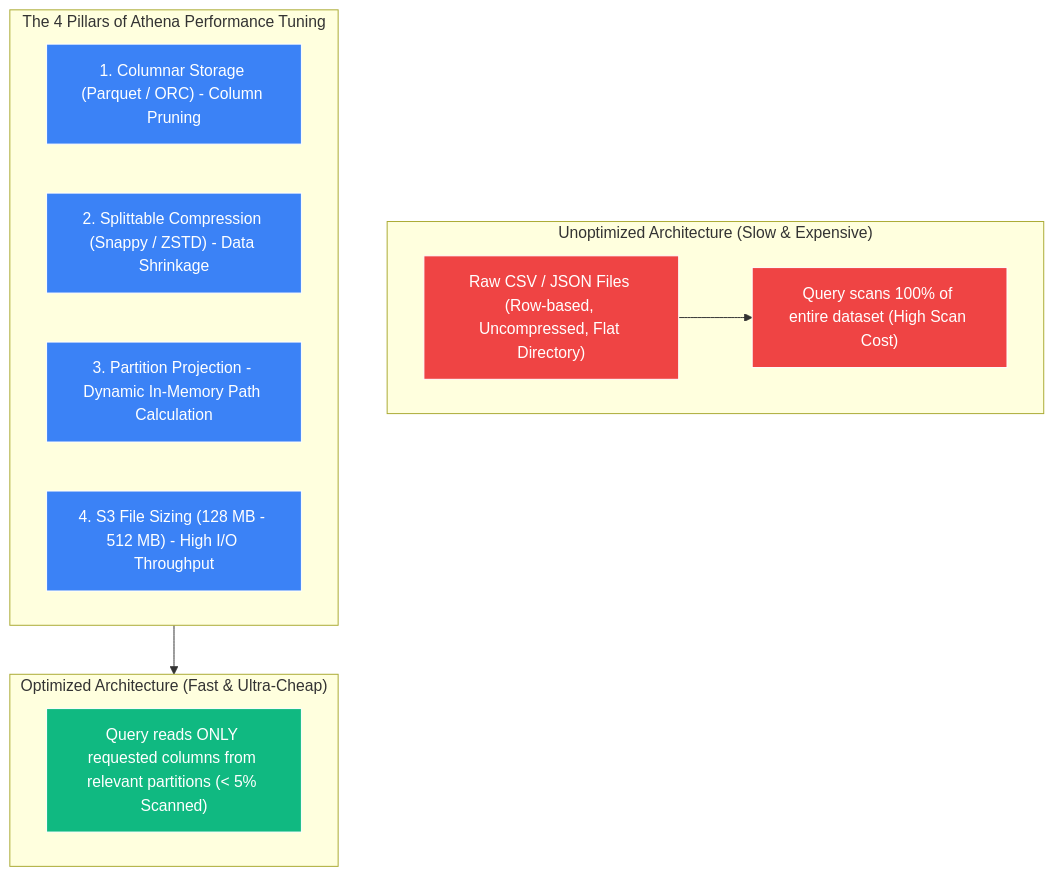
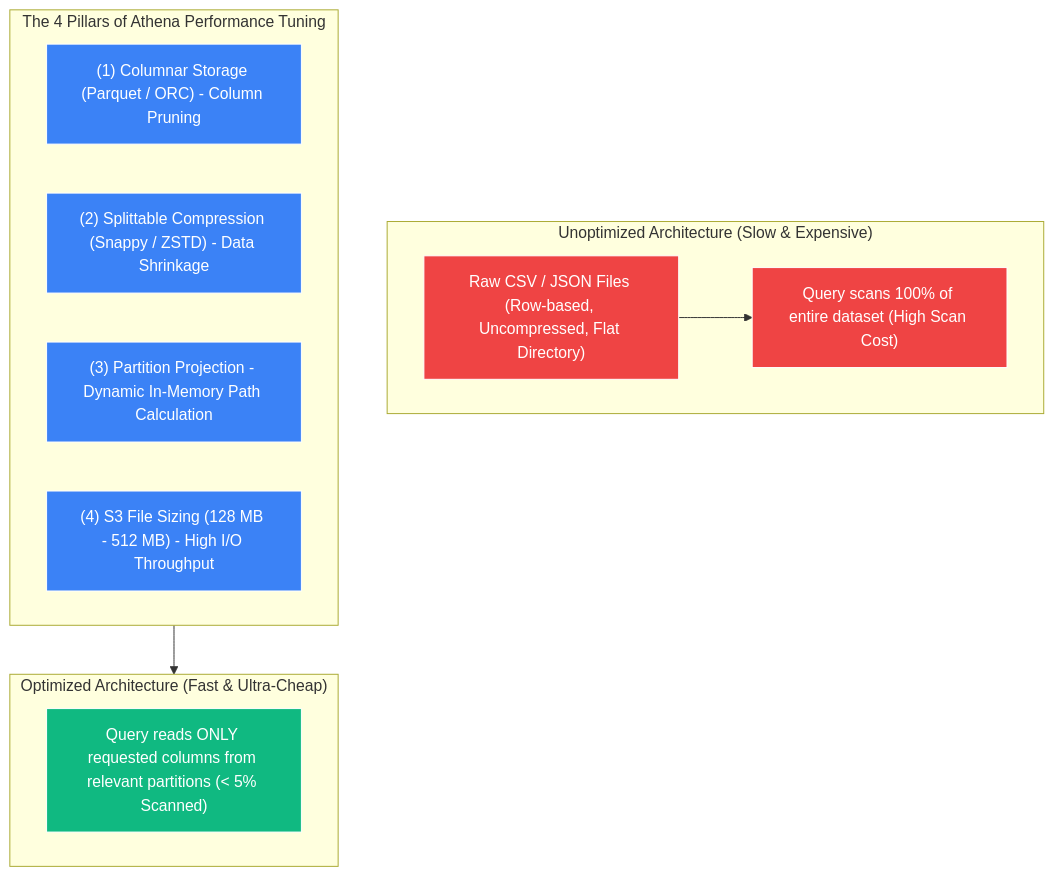
One commit to Wathon/aws-dea-c01-note changed the first of 2 diagrams in content/en/02-services/analytics-streaming/athena/athena-performance.md. Above: the diagram before and after it, drawn with Mermaid. The commit also changed 49 other files, not shown here.

Commit message:
Fix 'Unsupported markdown: list' Mermaid rendering issues across all English and Burmese notes

````diff
--- a/content/en/02-services/analytics-streaming/athena/athena-performance.md
+++ b/content/en/02-services/analytics-streaming/athena/athena-performance.md
@@ -31,29 +31,29 @@
 ```mermaid
 graph TD
     subgraph RawUnoptimized["Unoptimized Architecture (Slow & Expensive)"]
         CSVFiles["Raw CSV / JSON Files (Row-based, Uncompressed, Flat Directory)"]
         ScanAll["Query scans 100% of entire dataset (High Scan Cost)"]
         CSVFiles --> ScanAll
     end
 
     subgraph OptimizedPillars["The 4 Pillars of Athena Performance Tuning"]
-        P1["1. Columnar Storage (Parquet / ORC) - Column Pruning"]
-        P2["2. Splittable Compression (Snappy / ZSTD) - Data Shrinkage"]
-        P3["3. Partition Projection - Dynamic In-Memory Path Calculation"]
-        P4["4. S3 File Sizing (128 MB - 512 MB) - High I/O Throughput"]
+        P1["(1) Columnar Storage (Parquet / ORC) - Column Pruning"]
+        P2["(2) Splittable Compression (Snappy / ZSTD) - Data Shrinkage"]
+        P3["(3) Partition Projection - Dynamic In-Memory Path Calculation"]
+        P4["(4) S3 File Sizing (128 MB - 512 MB) - High I/O Throughput"]
     end
 
     subgraph OptimizedTarget["Optimized Architecture (Fast & Ultra-Cheap)"]
         ScanPruned["Query reads ONLY requested columns from relevant partitions (< 5% Scanned)"]
     end
 
     OptimizedPillars --> OptimizedTarget
 
     classDef bad fill:#ef4444,stroke:#fff,stroke-width:1px,color:#fff;
     classDef good fill:#10b981,stroke:#fff,stroke-width:1px,color:#fff;
     classDef pillar fill:#3b82f6,stroke:#fff,stroke-width:1px,color:#fff;
 
     class CSVFiles,ScanAll bad;
     class ScanPruned good;
     class P1,P2,P3,P4 pillar;
 ```
````
